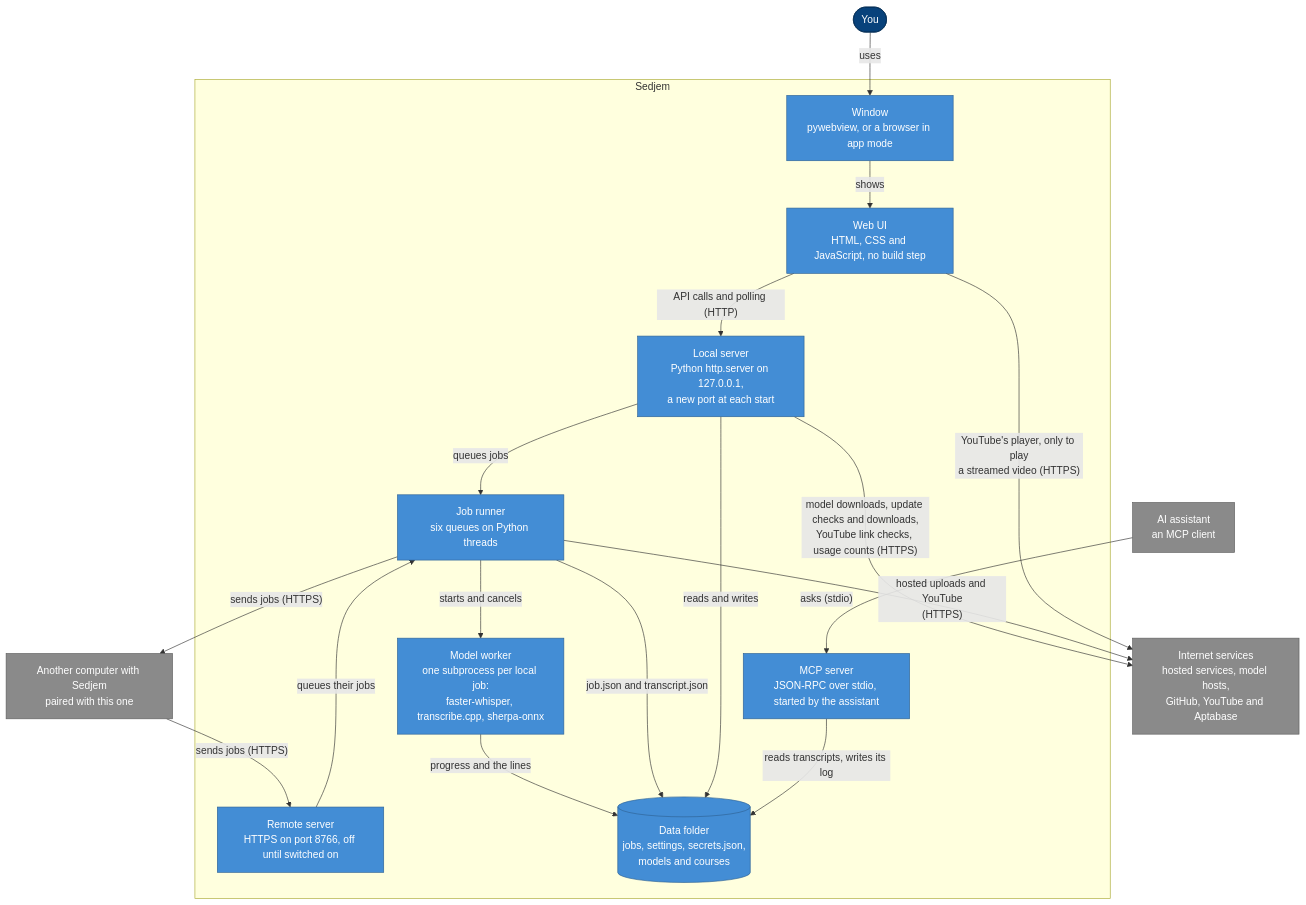
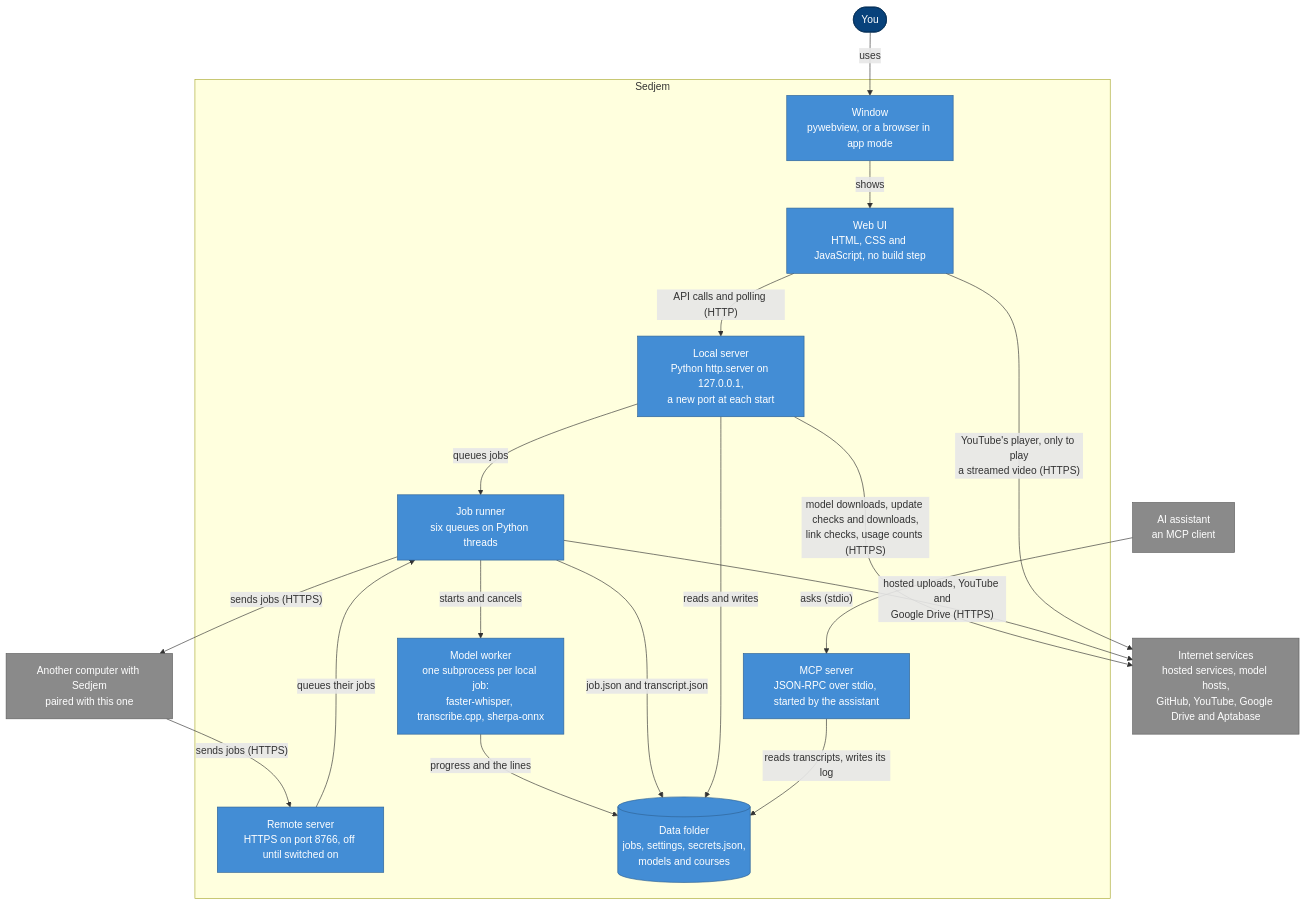
One commit to MohammedEl-sayedAhmed/sedjem changed the second of 3 diagrams in docs/16-architecture.md. Above: the diagram before and after it, drawn with Mermaid. The commit also changed other lines of this file and 26 other files, not shown here.

First line of the commit message:
Links: transcribe Google Drive files (#137)

````diff
--- a/docs/16-architecture.md
+++ b/docs/16-architecture.md
@@ -49,42 +51,42 @@
 ```mermaid
 flowchart TB
   you(["You"])
   assistant["AI assistant<br/>an MCP client"]
   other["Another computer with Sedjem<br/>paired with this one"]
-  internet["Internet services<br/>hosted services, model hosts,<br/>GitHub, YouTube and Aptabase"]
+  internet["Internet services<br/>hosted services, model hosts,<br/>GitHub, YouTube, Google Drive and Aptabase"]
 
   subgraph sedjem["Sedjem"]
     window["Window<br/>pywebview, or a browser in app mode"]
     ui["Web UI<br/>HTML, CSS and JavaScript, no build step"]
     server["Local server<br/>Python http.server on 127.0.0.1,<br/>a new port at each start"]
     runner["Job runner<br/>six queues on Python threads"]
     worker["Model worker<br/>one subprocess per local job:<br/>faster-whisper, transcribe.cpp, sherpa-onnx"]
     remote["Remote server<br/>HTTPS on port 8766, off until switched on"]
     mcp["MCP server<br/>JSON-RPC over stdio, started by the assistant"]
     data[("Data folder<br/>jobs, settings, secrets.json,<br/>models and courses")]
   end
 
   you -->|"uses"| window
   window -->|"shows"| ui
   ui -->|"API calls and polling (HTTP)"| server
   server -->|"queues jobs"| runner
   runner -->|"starts and cancels"| worker
   worker -->|"progress and the lines"| data
   runner -->|"job.json and transcript.json"| data
   server -->|"reads and writes"| data
-  server -->|"model downloads, update checks and downloads,<br/>YouTube link checks, usage counts (HTTPS)"| internet
-  runner -->|"hosted uploads and YouTube<br/>(HTTPS)"| internet
+  server -->|"model downloads, update checks and downloads,<br/>link checks, usage counts (HTTPS)"| internet
+  runner -->|"hosted uploads, YouTube and<br/>Google Drive (HTTPS)"| internet
   ui -->|"YouTube's player, only to play<br/>a streamed video (HTTPS)"| internet
   runner -->|"sends jobs (HTTPS)"| other
   other -->|"sends jobs (HTTPS)"| remote
   remote -->|"queues their jobs"| runner
   assistant -->|"asks (stdio)"| mcp
   mcp -->|"reads transcripts, writes its log"| data
 
   classDef person fill:#08427b,stroke:#052e56,color:#fff
   classDef part fill:#438dd5,stroke:#2e6295,color:#fff
   classDef external fill:#8a8a8a,stroke:#5e5e5e,color:#fff
   class you person
   class window,ui,server,runner,worker,remote,mcp,data part
   class assistant,other,internet external
 ```
````
